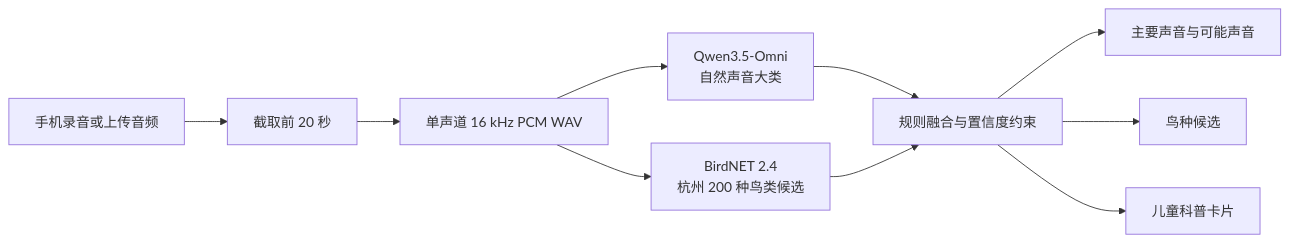
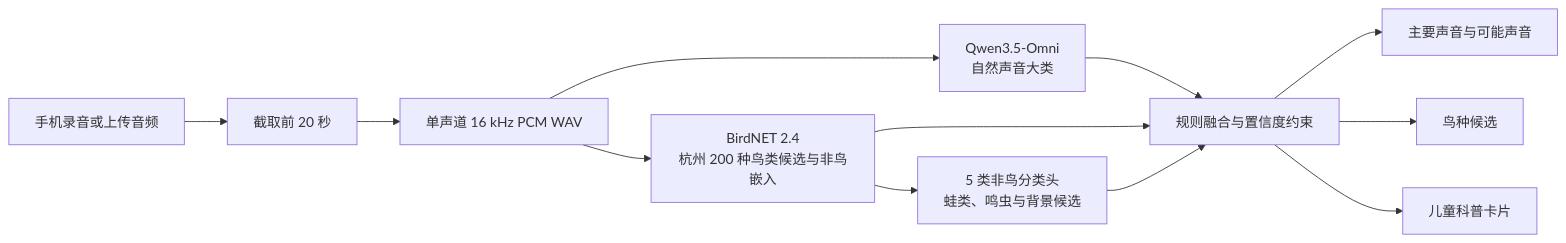
One commit to gqy20/nature-sound-detective changed the diagram in README.md. Above: the diagram before and after it, drawn with Mermaid. The commit also changed other lines of this file and 13 other files, not shown here.

````diff
--- a/README.md
+++ b/README.md
@@ -24,12 +25,14 @@
 ```mermaid
 flowchart LR
     A[手机录音或上传音频] --> B[截取前 20 秒]
     B --> C[单声道 16 kHz PCM WAV]
     C --> D[Qwen3.5-Omni<br/>自然声音大类]
-    C --> E[BirdNET 2.4<br/>杭州 200 种鸟类候选]
+    C --> E[BirdNET 2.4<br/>杭州 200 种鸟类候选与非鸟嵌入]
+    E --> J[5 类非鸟分类头<br/>蛙类、鸣虫与背景候选]
     D --> F[规则融合与置信度约束]
     E --> F
+    J --> F
     F --> G[主要声音与可能声音]
     F --> H[鸟种候选]
     F --> I[儿童科普卡片]
 ```
````
